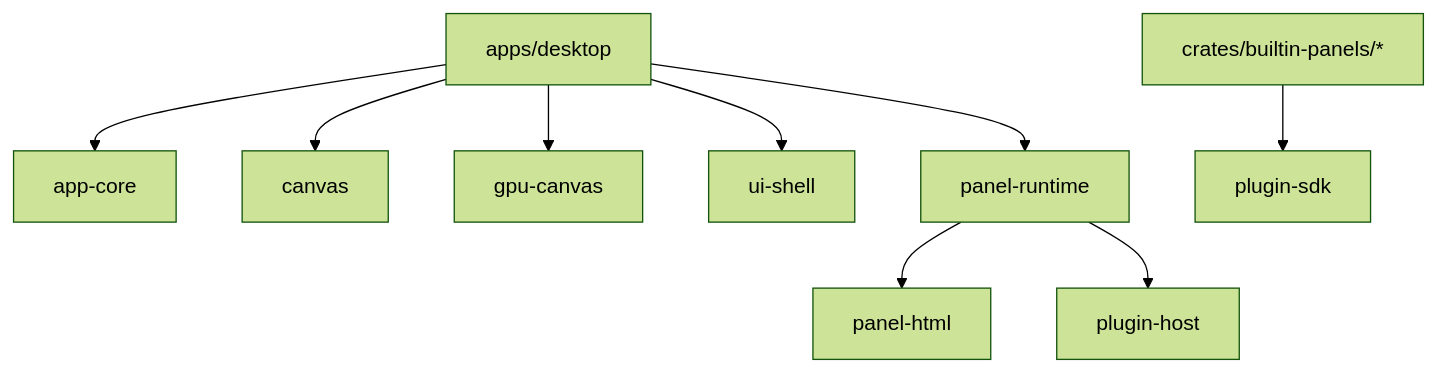
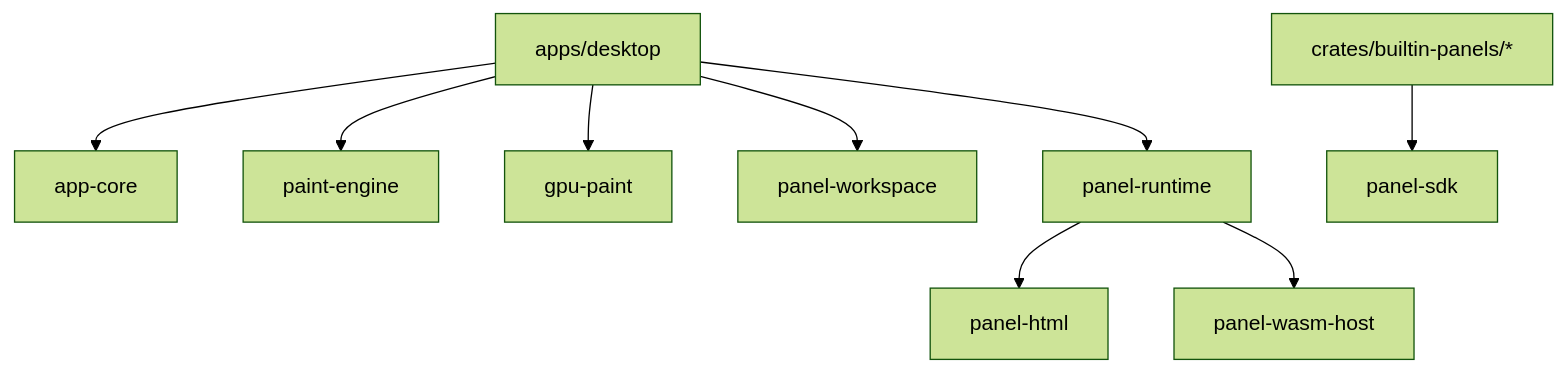
One commit to gitdmnt/altpaint changed the second of 2 diagrams in docs/MODULE_DEPENDENCIES.md. Above: the diagram before and after it, drawn with Mermaid (forest theme). The commit also changed other lines of this file and 3 other files, not shown here.

````diff
--- a/docs/MODULE_DEPENDENCIES.md
+++ b/docs/MODULE_DEPENDENCIES.md
@@ -137,11 +136,11 @@
 ```mermaid
 graph TD
   desktop[apps/desktop] --> appcore[app-core]
-  desktop --> canvas[canvas]
-  desktop --> gpucanvas[gpu-canvas]
-  desktop --> uishell[ui-shell]
+  desktop --> paintengine[paint-engine]
+  desktop --> gpupaint[gpu-paint]
+  desktop --> panelws[panel-workspace]
   desktop --> panelruntime[panel-runtime]
   panelruntime --> phtml[panel-html]
-  panelruntime --> phost[plugin-host]
-  panels[crates/builtin-panels/*] --> pluginsdk[plugin-sdk]
+  panelruntime --> wasmhost[panel-wasm-host]
+  panels[crates/builtin-panels/*] --> panelsdk[panel-sdk]
 ```
````
